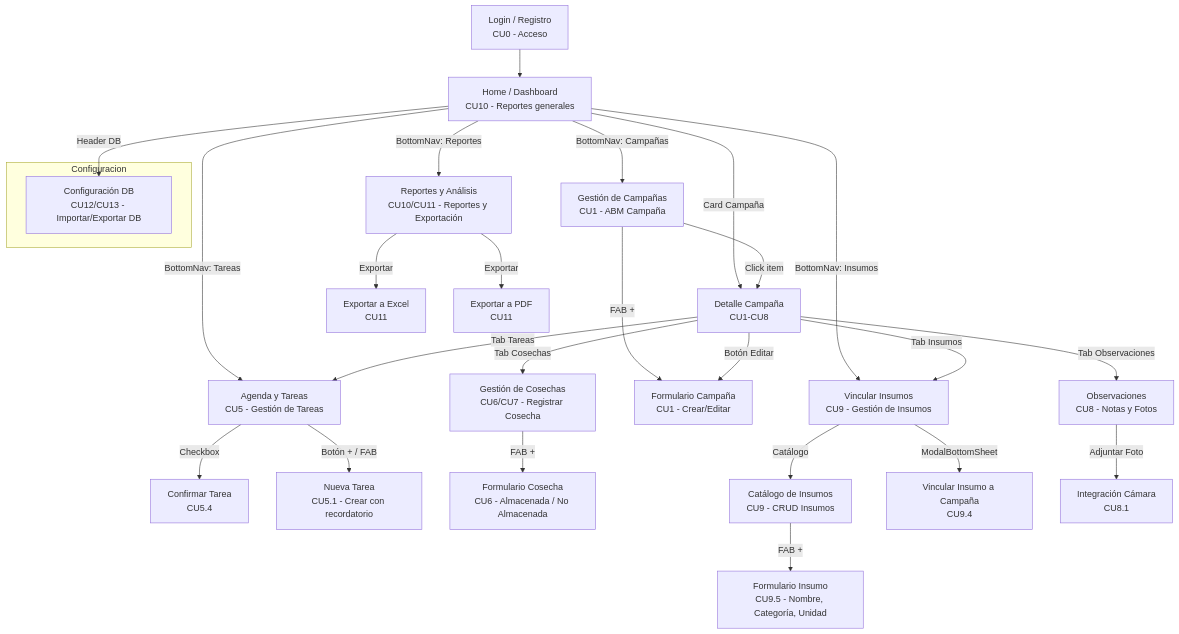
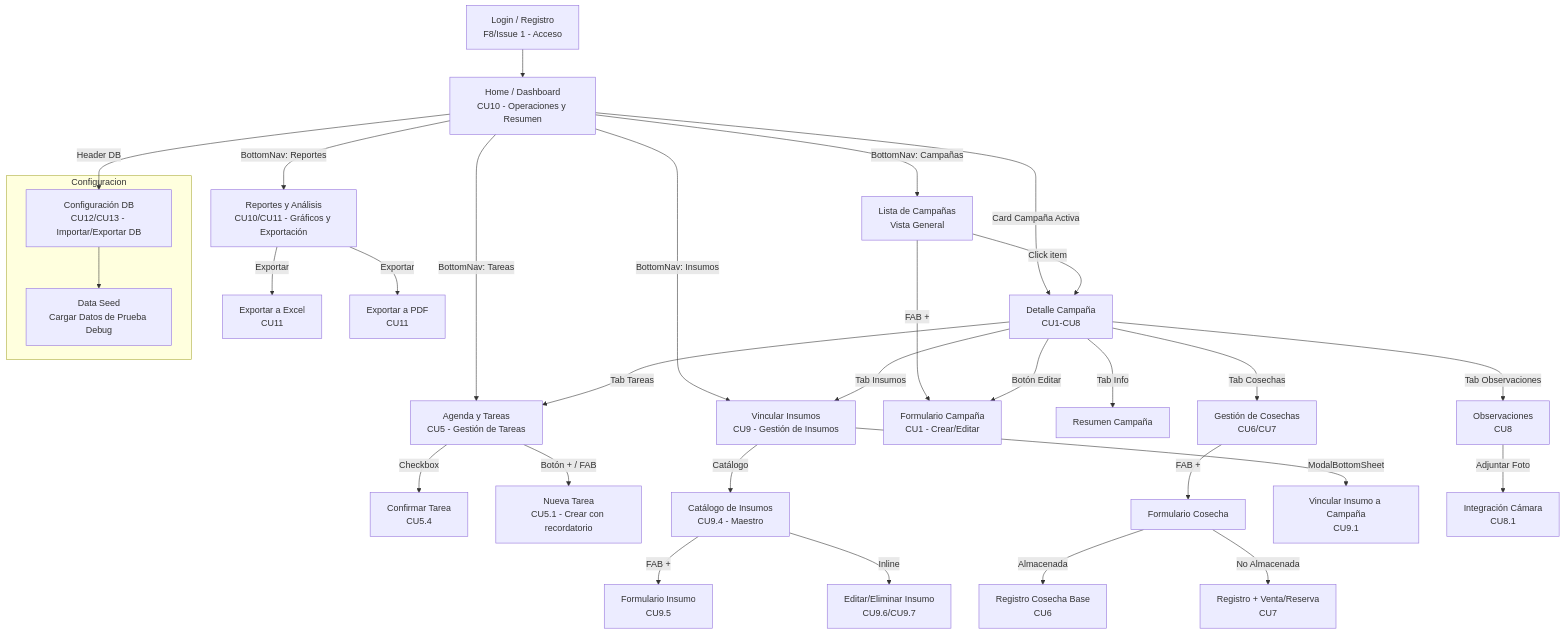
One commit to MartinJunges01/Sistema-de-Gestion-Agronomo-Don-Elio changed the diagram in docs/FLOW.md. Above: the diagram before and after it, drawn with Mermaid. The commit also changed other lines of this file and 27 other files, not shown here.

````diff
--- a/docs/FLOW.md
+++ b/docs/FLOW.md
@@ -3,39 +3,46 @@
 ```mermaid
 graph TD
-    Login[Login / Registro<br/>CU0 - Acceso] --> Home[Home / Dashboard<br/>CU10 - Reportes generales]
+    Login[Login / Registro<br/>F8/Issue 1 - Acceso] --> Home[Home / Dashboard<br/>CU10 - Operaciones y Resumen]
 
-    Home -->|BottomNav: Campañas| Campanias[Gestión de Campañas<br/>CU1 - ABM Campaña]
+    Home -->|BottomNav: Campañas| Campanias[Lista de Campañas<br/>Vista General]
     Home -->|BottomNav: Tareas| Tareas[Agenda y Tareas<br/>CU5 - Gestión de Tareas]
     Home -->|BottomNav: Insumos| Insumos[Vincular Insumos<br/>CU9 - Gestión de Insumos]
-    Home -->|BottomNav: Reportes| Reportes[Reportes y Análisis<br/>CU10/CU11 - Reportes y Exportación]
-    Home -->|Card Campaña| DetalleCampania
+    Home -->|BottomNav: Reportes| Reportes[Reportes y Análisis<br/>CU10/CU11 - Gráficos y Exportación]
+    Home -->|Card Campaña Activa| DetalleCampania
 
     Campanias -->|FAB +| FormCampania[Formulario Campaña<br/>CU1 - Crear/Editar]
     Campanias -->|Click item| DetalleCampania
 
-    DetalleCampania[Detalle Campaña<br/>CU1-CU8] -->|Tab Tareas| Tareas
+    DetalleCampania[Detalle Campaña<br/>CU1-CU8] -->|Tab Info| InfoCampania[Resumen Campaña]
+    DetalleCampania -->|Tab Tareas| Tareas
     DetalleCampania -->|Tab Insumos| Insumos
-    DetalleCampania -->|Tab Cosechas| Cosechas[Gestión de Cosechas<br/>CU6/CU7 - Registrar Cosecha]
-    DetalleCampania -->|Tab Observaciones| Observaciones[Observaciones<br/>CU8 - Notas y Fotos]
+    DetalleCampania -->|Tab Cosechas| Cosechas[Gestión de Cosechas<br/>CU6/CU7]
+    DetalleCampania -->|Tab Observaciones| Observaciones[Observaciones<br/>CU8]
     DetalleCampania -->|Botón Editar| FormCampania
 
     Tareas -->|Checkbox| ConfTarea[Confirmar Tarea<br/>CU5.4]
     Tareas -->|Botón + / FAB| NvaTarea[Nueva Tarea<br/>CU5.1 - Crear con recordatorio]
 
-    Cosechas -->|FAB +| FormCosecha[Formulario Cosecha<br/>CU6 - Almacenada / No Almacenada]
+    Cosechas -->|FAB +| FormCosecha[Formulario Cosecha]
+    FormCosecha -->|Almacenada| DB_Almacen[Registro Cosecha Base<br/>CU6]
+    FormCosecha -->|No Almacenada| DB_Venta[Registro + Venta/Reserva<br/>CU7]
 
-    Insumos -->|Catálogo| Catalogo[Catálogo de Insumos<br/>CU9 - CRUD Insumos]
-    Insumos -->|ModalBottomSheet| Vincular[Vincular Insumo a Campaña<br/>CU9.4]
-    Catalogo -->|FAB +| FormInsumo[Formulario Insumo<br/>CU9.5 - Nombre, Categoría, Unidad]
+    Insumos -->|Catálogo| Catalogo[Catálogo de Insumos<br/>CU9.4 - Maestro]
+    Insumos -->|ModalBottomSheet| Vincular[Vincular Insumo a Campaña<br/>CU9.1]
+    
+    Catalogo -->|FAB +| FormInsumo[Formulario Insumo<br/>CU9.5]
+    Catalogo -->|Inline| EditDelInsumo[Editar/Eliminar Insumo<br/>CU9.6/CU9.7]
 
     Observaciones -->|Adjuntar Foto| Camara[Integración Cámara<br/>CU8.1]
 
     Reportes -->|Exportar| ExportarExcel[Exportar a Excel<br/>CU11]
     Reportes -->|Exportar| ExportarPDF[Exportar a PDF<br/>CU11]
 
     subgraph Configuracion
         ConfigDB[Configuración DB<br/>CU12/CU13 - Importar/Exportar DB]
+        DataSeed[Data Seed<br/>Cargar Datos de Prueba Debug]
     end
 
     Home -->|Header DB| ConfigDB
+    ConfigDB --> DataSeed
 ```
````
